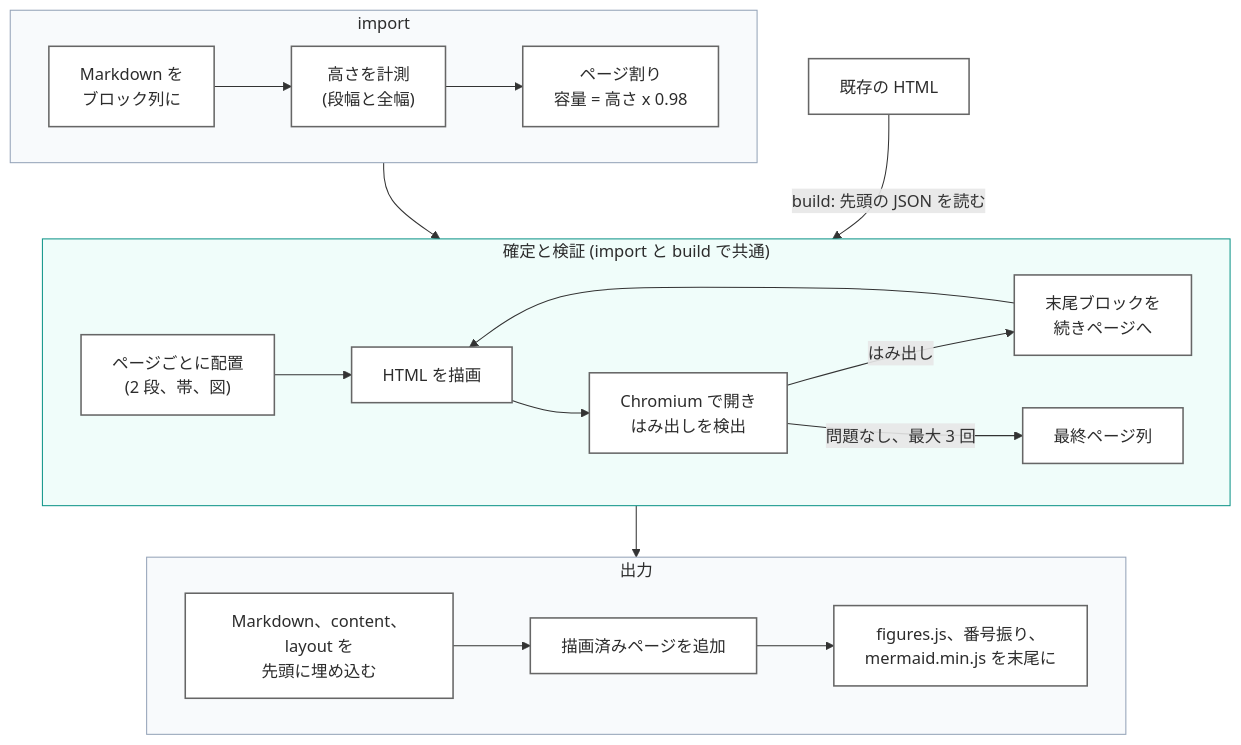
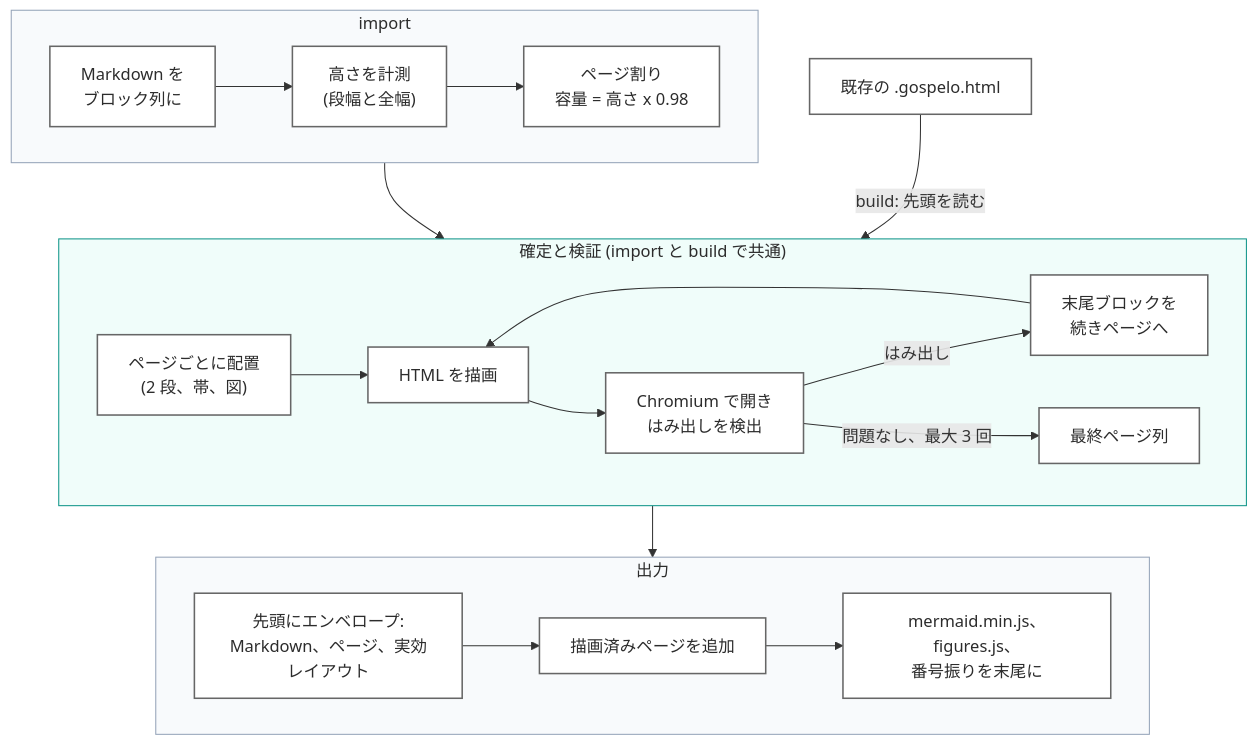
One commit to gospelo-dev/md2html changed the third of 5 diagrams in docs/ARCHITECTURE_ja.md. Above: the diagram before and after it, drawn with Mermaid. The commit also changed other lines of this file and 21 other files, not shown here.

````diff
--- a/docs/ARCHITECTURE_ja.md
+++ b/docs/ARCHITECTURE_ja.md
@@ -104,25 +103,25 @@
 ```mermaid
 flowchart TB
     subgraph Import["import"]
         direction LR
         I1["Markdown を<br/>ブロック列に"] --> I2["高さを計測<br/>(段幅と全幅)"] --> I3["ページ割り<br/>容量 = 高さ x 0.98"]
     end
     subgraph Common["確定と検証 (import と build で共通)"]
         direction LR
         B1["ページごとに配置<br/>(2 段、帯、図)"] --> B2["HTML を描画"] --> B3["Chromium で開き<br/>はみ出しを検出"]
         B3 -->|はみ出し| B4["末尾ブロックを<br/>続きページへ"] --> B2
         B3 -->|問題なし、最大 3 回| B5["最終ページ列"]
     end
     subgraph Out["出力"]
         direction LR
-        O1["Markdown、content、layout を<br/>先頭に埋め込む"] --> O2["描画済みページを追加"] --> O3["figures.js、番号振り、<br/>mermaid.min.js を末尾に"]
+        O1["先頭にエンベロープ:<br/>Markdown、ページ、実効レイアウト"] --> O2["描画済みページを追加"] --> O3["mermaid.min.js、figures.js、<br/>番号振りを末尾に"]
     end
     Import --> Common --> Out
-    H["既存の HTML"] -->|build: 先頭の JSON を読む| Common
+    H["既存の .gospelo.html"] -->|build: 先頭を読む| Common
 
     classDef node fill:#FFFFFF,stroke:#666666,stroke-width:1.5px,color:#2C2C2C
     class I1,I2,I3,B1,B2,B3,B4,B5,O1,O2,O3,H node
     style Import fill:#F8FAFC,stroke:#94A3B8,color:#2C2C2C
     style Common fill:#F0FDFA,stroke:#0D9488,color:#2C2C2C
     style Out fill:#F8FAFC,stroke:#94A3B8,color:#2C2C2C
 ```
````
